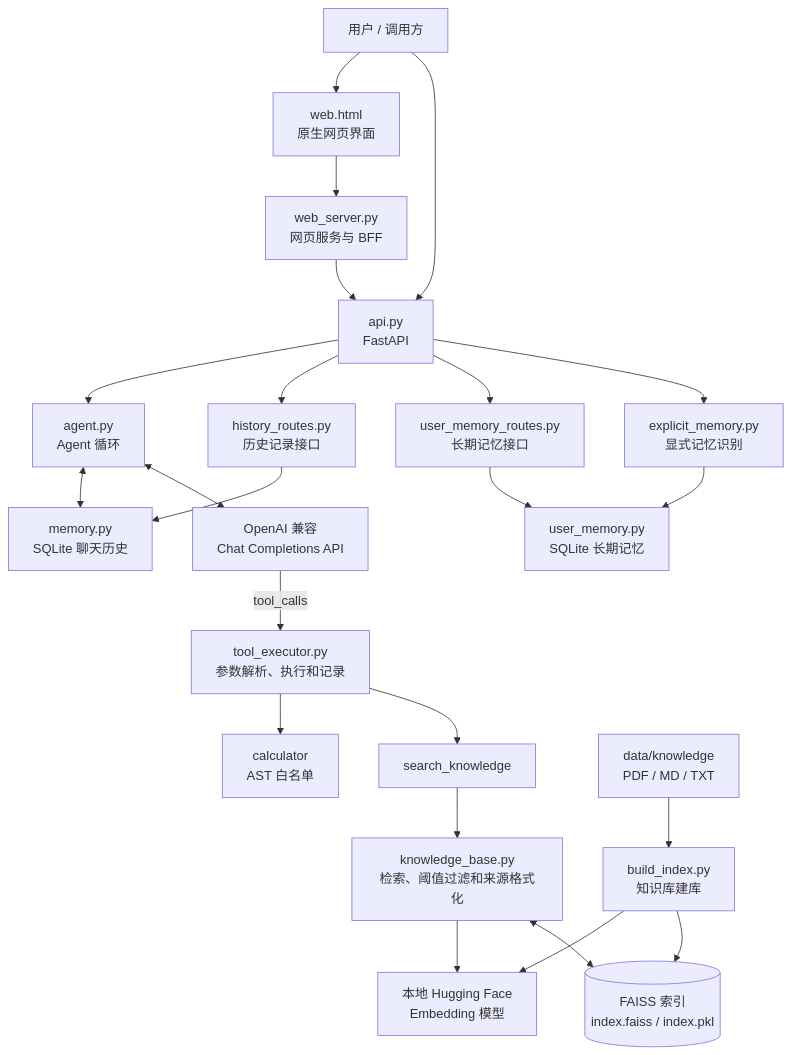
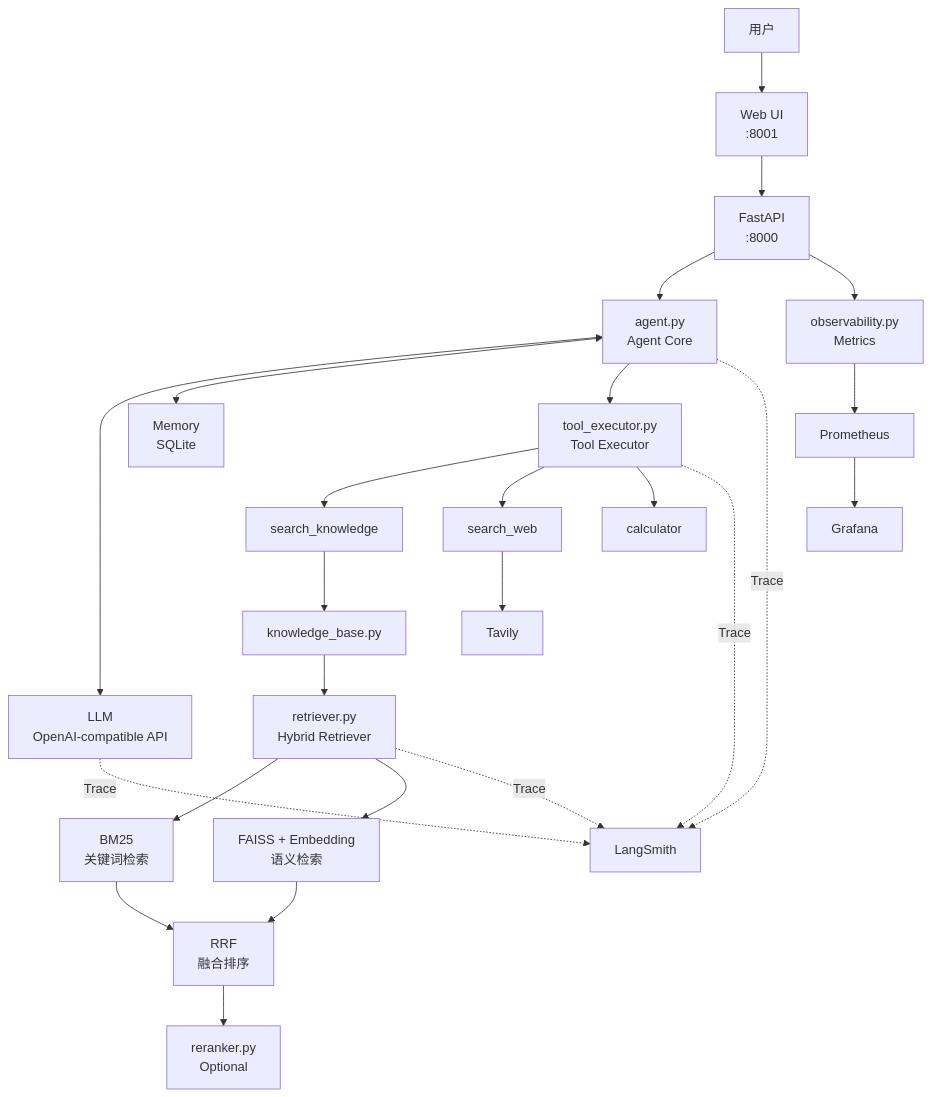
The diagram in README.md (Erica-YMT/agentic-rag-assistant), drawn with Mermaid before and after one commit. The commit also changed other lines of this file, not shown here.

Commit message:
docs: update README for final project architecture

````diff
--- a/README.md
+++ b/README.md
@@ -29,60 +23,59 @@
 ```mermaid
 flowchart TB
-    User[用户 / 调用方]
+    User[用户]
+    Web[Web UI<br/>:8001]
+    API[FastAPI<br/>:8000]
+    Agent[agent.py<br/>Agent Core]
 
-    Web[web.html<br/>原生网页界面]
-    WebServer[web_server.py<br/>网页服务与 BFF]
-    API[api.py<br/>FastAPI]
+    LLM[LLM<br/>OpenAI-compatible API]
+    Memory[Memory<br/>SQLite]
+    Executor[tool_executor.py<br/>Tool Executor]
 
-    Agent[agent.py<br/>Agent 循环]
-    ChatMemory[memory.py<br/>SQLite 聊天历史]
-    HistoryRoutes[history_routes.py<br/>历史记录接口]
+    KBTool[search_knowledge]
+    WebTool[search_web]
+    CalcTool[calculator]
 
-    ExplicitMemory[explicit_memory.py<br/>显式记忆识别]
-    UserMemory[user_memory.py<br/>SQLite 长期记忆]
-    UserMemoryRoutes[user_memory_routes.py<br/>长期记忆接口]
+    KB[knowledge_base.py]
+    Retriever[retriever.py<br/>Hybrid Retriever]
+    BM25[BM25<br/>关键词检索]
+    FAISS[FAISS + Embedding<br/>语义检索]
+    RRF[RRF<br/>融合排序]
+    Reranker[reranker.py<br/>Optional]
 
-    LLM[OpenAI 兼容<br/>Chat Completions API]
-
-    Executor[tool_executor.py<br/>参数解析、执行和记录]
-    Calc[calculator<br/>AST 白名单]
-    Search[search_knowledge]
-
-    KB[knowledge_base.py<br/>检索、阈值过滤和来源格式化]
-    FAISS[(FAISS 索引<br/>index.faiss / index.pkl)]
-    Embedding[本地 Hugging Face<br/>Embedding 模型]
-
-    Docs[data/knowledge<br/>PDF / MD / TXT]
-    Build[build_index.py<br/>知识库建库]
+    Tavily[Tavily]
+    Metrics[observability.py<br/>Metrics]
+    Prometheus[Prometheus]
+    Grafana[Grafana]
+    LangSmith[LangSmith]
 
     User --> Web
-    User --> API
+    Web --> API
+    API --> Agent
 
-    Web --> WebServer
-    WebServer --> API
+    Agent <--> LLM
+    Agent <--> Memory
+    Agent --> Executor
 
-    API --> Agent
-    API --> HistoryRoutes
-    API --> UserMemoryRoutes
-    API --> ExplicitMemory
+    Executor --> KBTool
+    Executor --> WebTool
+    Executor --> CalcTool
 
-    HistoryRoutes --> ChatMemory
-    ExplicitMemory --> UserMemory
-    UserMemoryRoutes --> UserMemory
+    KBTool --> KB
+    KB --> Retriever
+    Retriever --> BM25
+    Retriever --> FAISS
+    BM25 --> RRF
+    FAISS --> RRF
+    RRF --> Reranker
 
-    Agent <--> ChatMemory
-    Agent <--> LLM
+    WebTool --> Tavily
 
-    LLM -->|tool_calls| Executor
+    API --> Metrics
+    Metrics --> Prometheus
+    Prometheus --> Grafana
 
-    Executor --> Calc
-    Executor --> Search
-    Search --> KB
-
-    KB --> Embedding
-    KB <--> FAISS
-
-    Docs --> Build
-    Build --> Embedding
-    Build --> FAISS
+    Agent -. Trace .-> LangSmith
+    LLM -. Trace .-> LangSmith
+    Executor -. Trace .-> LangSmith
+    Retriever -. Trace .-> LangSmith
 ```
````
